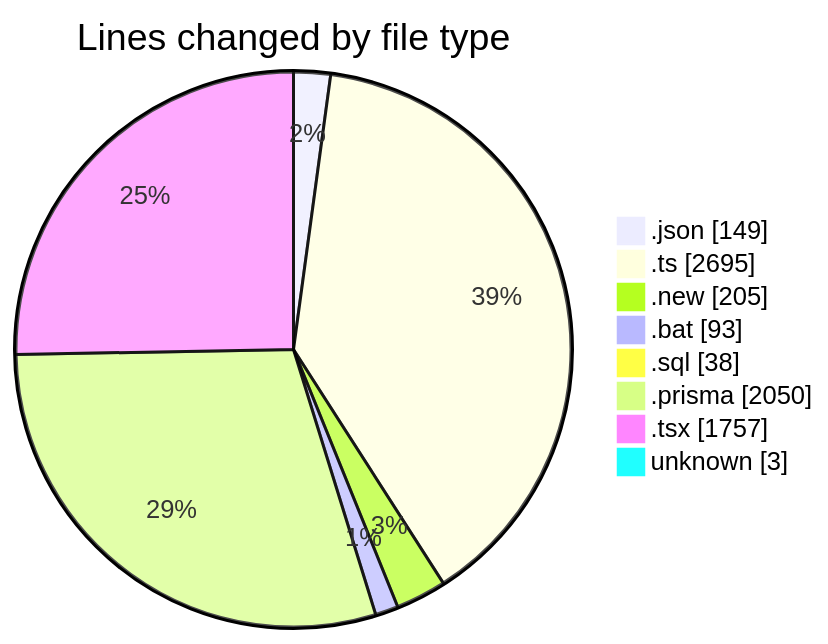
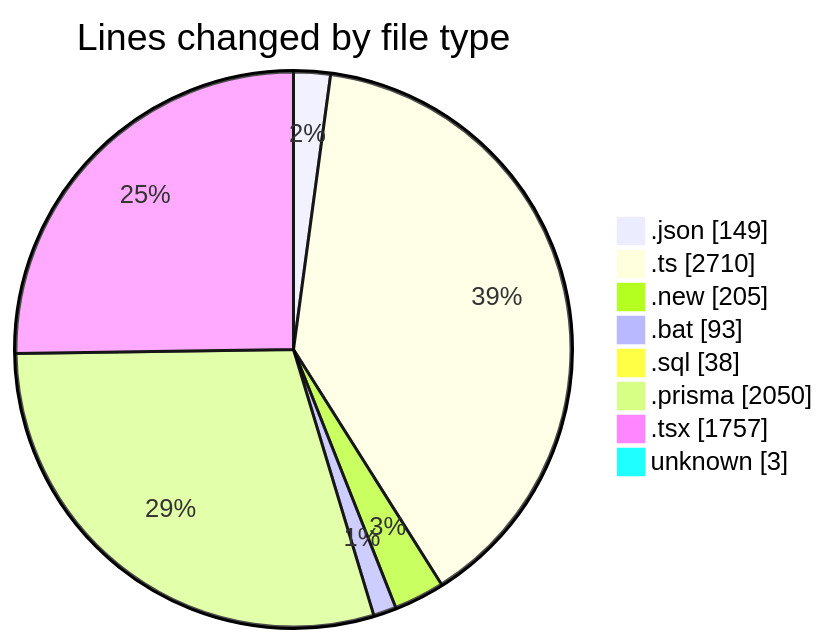
The first of 2 diagrams in 2025-05-20/ecodeli-1/README.md (CELIANVF/code-tracking), drawn with Mermaid before and after one commit. The commit also changed other lines of this file and 1 other file, not shown here.

````diff
--- a/2025-05-20/ecodeli-1/README.md
+++ b/2025-05-20/ecodeli-1/README.md
@@ -43,12 +43,12 @@
 ```mermaid
 pie showData
 title Lines changed by file type
 ".json" : 149
-".ts" : 2695
+".ts" : 2710
 ".new" : 205
 ".bat" : 93
 ".sql" : 38
 ".prisma" : 2050
 ".tsx" : 1757
 "unknown" : 3
 ```
````
